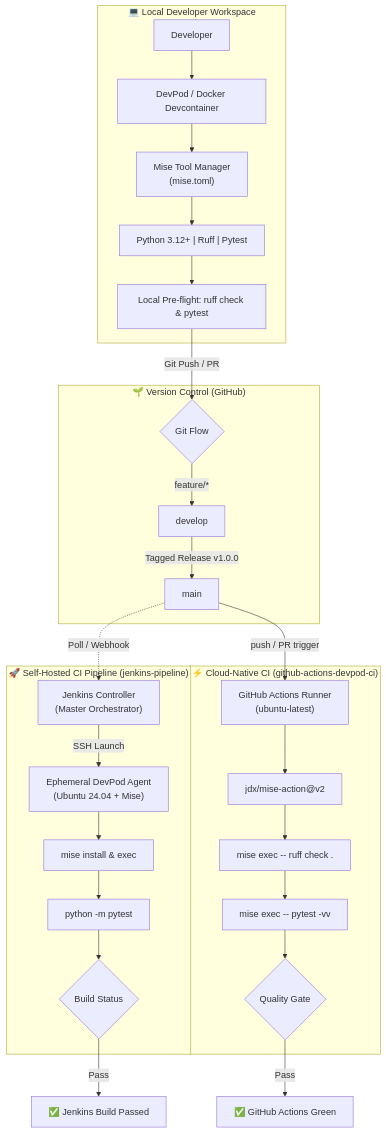
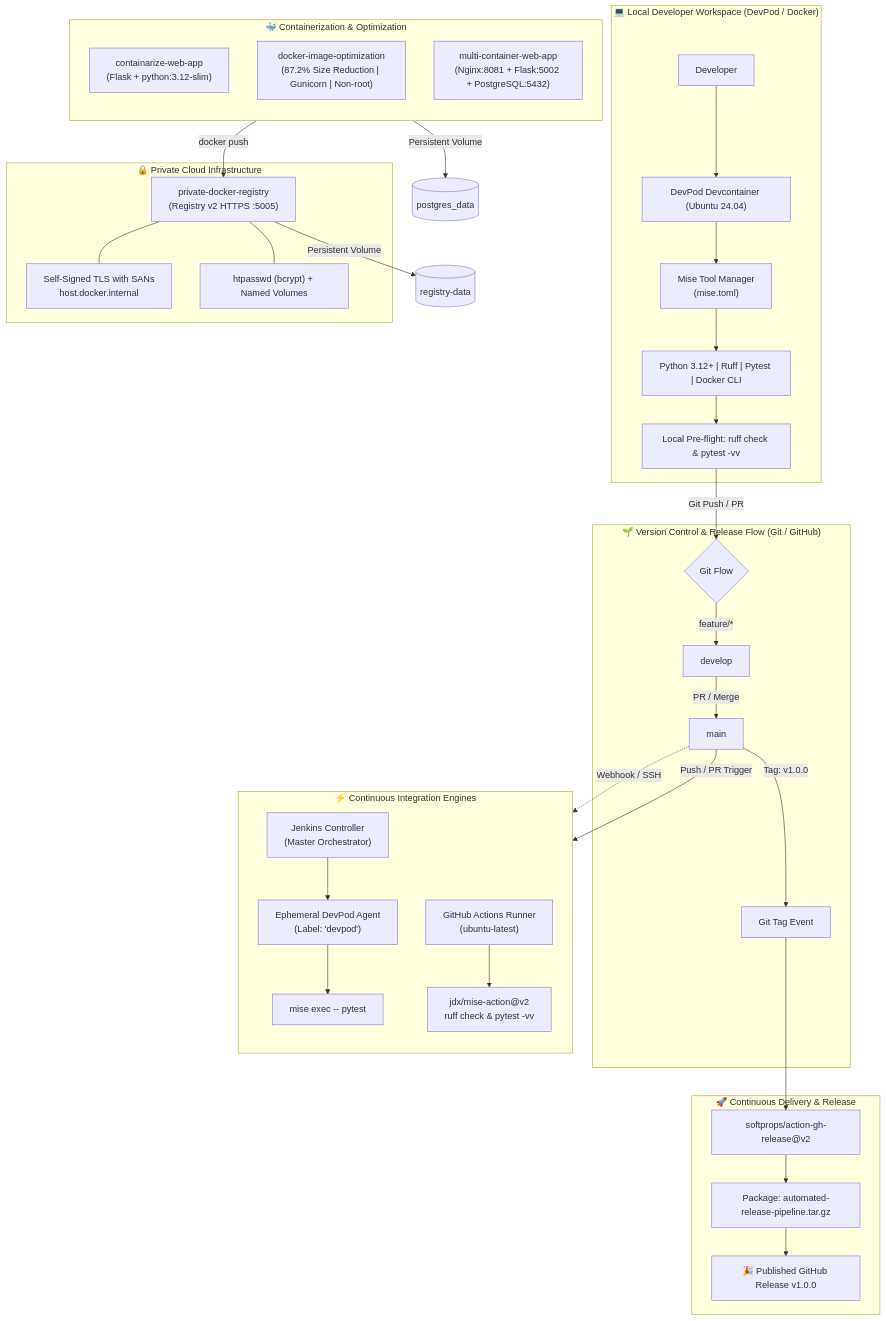
One commit to alanvarghese-dev/lab changed the first of 5 diagrams in README.md. Above: the diagram before and after it, drawn with Mermaid. The commit also changed other lines of this file, not shown here.

````diff
--- a/README.md
+++ b/README.md
@@ -30,34 +41,51 @@
 ```mermaid
 flowchart TD
-    subgraph Developer_Workspace["💻 Local Developer Workspace"]
-        Dev["Developer"] --> DevPod["DevPod / Docker Devcontainer"]
+    subgraph DevWorkspace["💻 Local Developer Workspace (DevPod / Docker)"]
+        Dev["Developer"] --> DevPod["DevPod Devcontainer (Ubuntu 24.04)"]
         DevPod --> MiseLocal["Mise Tool Manager\n(mise.toml)"]
-        MiseLocal --> DevTools["Python 3.12+ | Ruff | Pytest"]
-        DevTools --> LocalVerification["Local Pre-flight: ruff check & pytest"]
+        MiseLocal --> DevTools["Python 3.12+ | Ruff | Pytest | Docker CLI"]
+        DevTools --> LocalCheck["Local Pre-flight: ruff check & pytest -vv"]
     end
 
-    subgraph Git_Management["🌱 Version Control (GitHub)"]
-        LocalVerification -->|Git Push / PR| Branches{"Git Flow"}
-        Branches -->|feature/*| DevBranch["develop"]
-        DevBranch -->|Tagged Release v1.0.0| MainBranch["main"]
+    subgraph VCS["🌱 Version Control & Release Flow (Git / GitHub)"]
+        LocalCheck -->|Git Push / PR| GitFlow{"Git Flow"}
+        GitFlow -->|feature/*| DevBranch["develop"]
+        DevBranch -->|PR / Merge| MainBranch["main"]
+        MainBranch -->|Tag: v1.0.0| GitTag["Git Tag Event"]
     end
 
-    subgraph Jenkins_CI["🚀 Self-Hosted CI Pipeline (jenkins-pipeline)"]
-        MainBranch -.->|Poll / Webhook| JenkinsController["Jenkins Controller\n(Master Orchestrator)"]
-        JenkinsController -->|SSH Launch| DevPodAgent["Ephemeral DevPod Agent\n(Ubuntu 24.04 + Mise)"]
-        DevPodAgent --> J_Mise["mise install & exec"]
-        J_Mise --> J_Test["python -m pytest"]
-        J_Test --> J_Status{"Build Status"}
+    subgraph CI_Pipelines["⚡ Continuous Integration Engines"]
+        direction TB
+        MainBranch -.->|Webhook / SSH| JenkinsController["Jenkins Controller\n(Master Orchestrator)"]
+        JenkinsController --> DevPodAgent["Ephemeral DevPod Agent\n(Label: 'devpod')"]
+        DevPodAgent --> J_Test["mise exec -- pytest"]
+
+        MainBranch -->|Push / PR Trigger| GHA["GitHub Actions Runner\n(ubuntu-latest)"]
+        GHA --> GHA_Gate["jdx/mise-action@v2\nruff check & pytest -vv"]
     end
 
-    subgraph GHA_CI["⚡ Cloud-Native CI (github-actions-devpod-ci)"]
-        MainBranch -->|push / PR trigger| GHA["GitHub Actions Runner\n(ubuntu-latest)"]
-        GHA --> GHA_Mise["jdx/mise-action@v2"]
-        GHA_Mise --> GHA_Lint["mise exec -- ruff check ."]
-        GHA_Lint --> GHA_Test["mise exec -- pytest -vv"]
-        GHA_Test --> GHA_Status{"Quality Gate"}
+    subgraph CD_Release["🚀 Continuous Delivery & Release"]
+        GitTag --> ReleaseAction["softprops/action-gh-release@v2"]
+        ReleaseAction --> Tarball["Package: automated-release-pipeline.tar.gz"]
+        Tarball --> GH_Release["🎉 Published GitHub Release v1.0.0"]
     end
 
-    J_Status -->|Pass| SuccessJ["✅ Jenkins Build Passed"]
-    GHA_Status -->|Pass| SuccessGHA["✅ GitHub Actions Green"]
+    subgraph Container_Lab["🐳 Containerization & Optimization"]
+        direction TB
+        BasicDocker["containarize-web-app\n(Flask + python:3.12-slim)"]
+        OptimizedDocker["docker-image-optimization\n(87.2% Size Reduction | Gunicorn | Non-root)"]
+        MultiContainer["multi-container-web-app\n(Nginx:8081 + Flask:5002 + PostgreSQL:5432)"]
+    end
+
+    subgraph Private_Infra["🔒 Private Cloud Infrastructure"]
+        PrivateReg["private-docker-registry\n(Registry v2 HTTPS :5005)"]
+        TLS["Self-Signed TLS with SANs\nhost.docker.internal"]
+        Auth["htpasswd (bcrypt) + Named Volumes"]
+        PrivateReg --- TLS
+        PrivateReg --- Auth
+    end
+
+    OptimizedDocker -->|docker push| PrivateReg
+    MultiContainer -->|Persistent Volume| DBData[("postgres_data")]
+    PrivateReg -->|Persistent Volume| RegData[("registry-data")]
 ```
````
